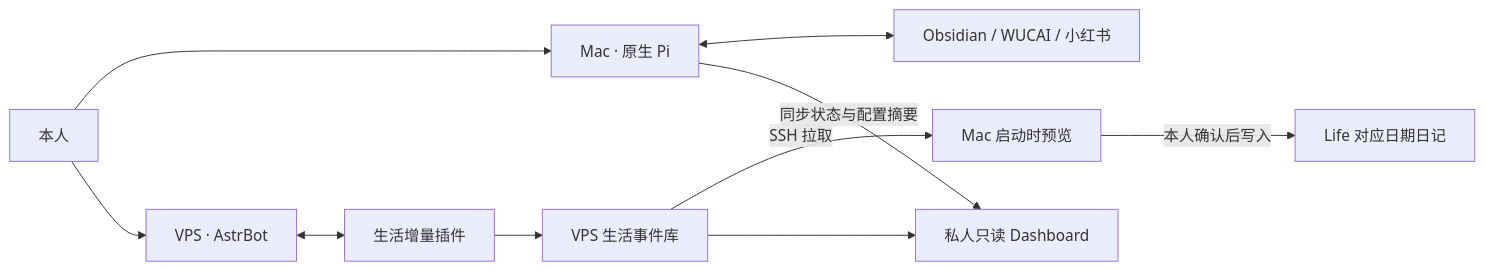
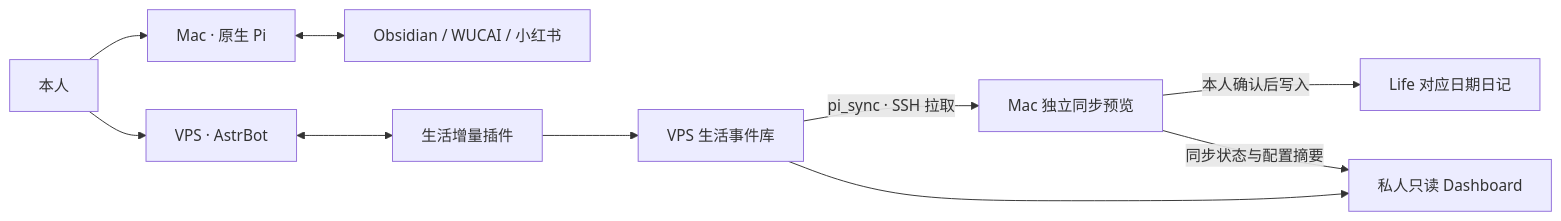
Before and after one commit to Corele-one/personal_asis: the diagram in SPECIFICATION.md, drawn with Mermaid. The commit also changed other lines of this file and 15 other files, not shown here.

Commit message:
feat: implement independent pi_sync command for explicit Mac/VPS life synchronization

````diff
--- a/SPECIFICATION.md
+++ b/SPECIFICATION.md
@@ -7,12 +7,12 @@
 ```mermaid
 flowchart LR
   User[本人] --> Pi[Mac · 原生 Pi]
   User --> Bot[VPS · AstrBot]
   Pi <--> Sources[Obsidian / WUCAI / 小红书]
   Bot <--> Plugin[生活增量插件]
   Plugin --> Events[VPS 生活事件库]
-  Events -->|SSH 拉取| Preview[Mac 启动时预览]
+  Events -->|pi_sync · SSH 拉取| Preview[Mac 独立同步预览]
   Preview -->|本人确认后写入| Daily[Life 对应日期日记]
   Events --> Dashboard[私人只读 Dashboard]
-  Pi -->|同步状态与配置摘要| Dashboard
+  Preview -->|同步状态与配置摘要| Dashboard
 ```
````
